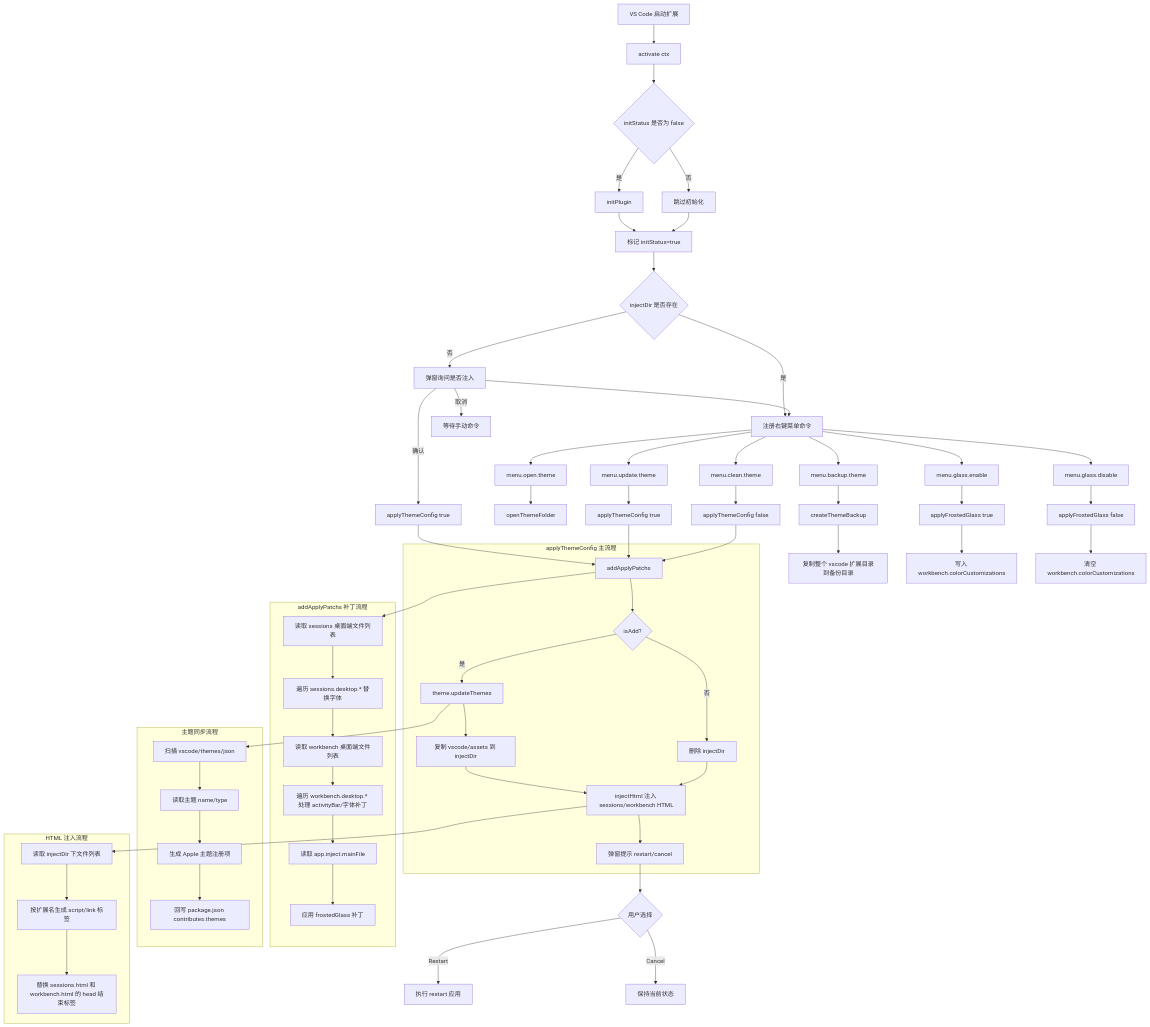
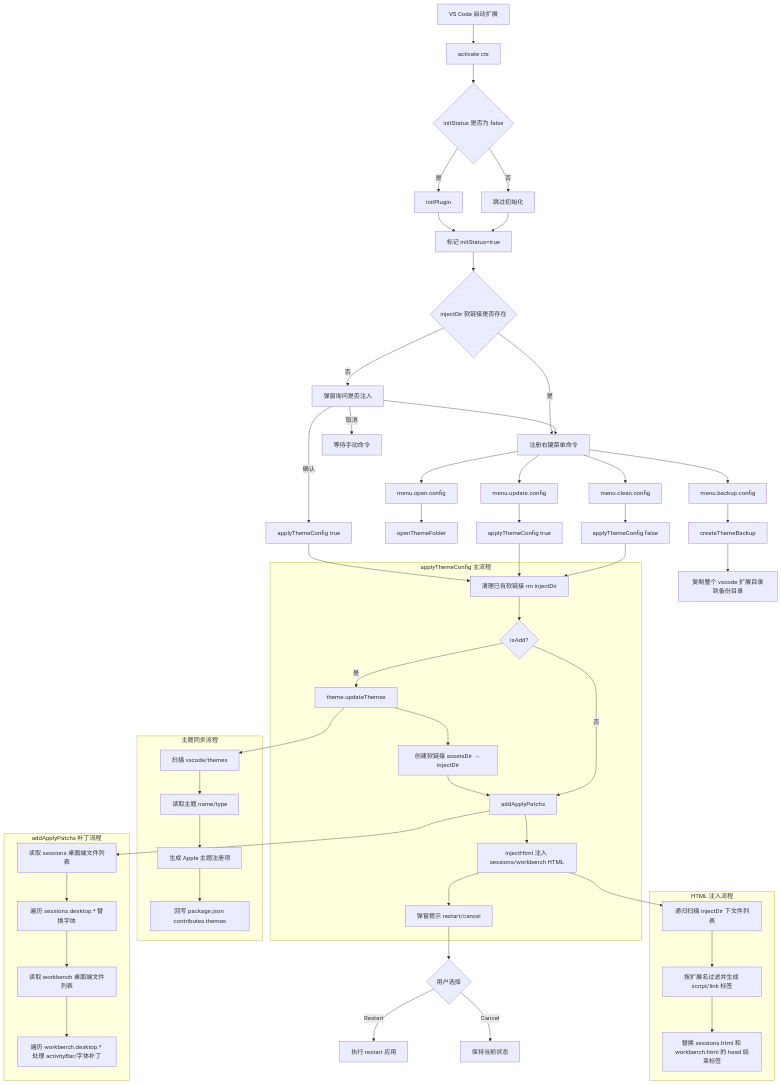
Before and after one commit to wangmings/macintosh-ui: the diagram in FLOW.md, drawn with Mermaid. The commit also changed other lines of this file and 82 other files, not shown here.

````diff
--- a/FLOW.md
+++ b/FLOW.md
@@ -10,7 +10,7 @@
     C -- 否 --> E[跳过初始化]
     D --> F[标记 initStatus=true]
     E --> F
-    F --> G{injectDir 是否存在}
+    F --> G{injectDir 软链接是否存在}
 
     G -- 否 --> H[弹窗询问是否注入]
     G -- 是 --> J[注册右键菜单命令]
@@ -18,83 +18,73 @@
     H -- 确认 --> I[applyThemeConfig true]
     H -- 取消 --> K[等待手动命令]
 
-    J --> L1[menu.open.theme]
-    J --> L2[menu.update.theme]
-    J --> L3[menu.clean.theme]
-    J --> L4[menu.backup.theme]
-    J --> L5[menu.glass.enable]
-    J --> L6[menu.glass.disable]
+    J --> L1[menu.open.config]
+    J --> L2[menu.update.config]
+    J --> L3[menu.clean.config]
+    J --> L4[menu.backup.config]
 
     L1 --> M1[openThemeFolder]
     L2 --> N1[applyThemeConfig true]
     L3 --> N2[applyThemeConfig false]
     L4 --> O1[createThemeBackup]
-    L5 --> P1[applyFrostedGlass true]
-    L6 --> P2[applyFrostedGlass false]
     O1 --> O2[复制整个 vscode 扩展目录到备份目录]
-    P1 --> P3[写入 workbench.colorCustomizations]
-    P2 --> P4[清空 workbench.colorCustomizations]
 
     subgraph Q[applyThemeConfig 主流程]
-        Q1[addApplyPatchs]
-        Q2{isAdd?}
-        Q3[theme.updateThemes]
-        Q4[复制 vscode/assets 到 injectDir]
-        Q5[删除 injectDir]
-        Q6[injectHtml 注入 sessions/workbench HTML]
-        Q7[弹窗提示 restart/cancel]
+        Q0[清理已有软链接 rm injectDir]
+        Q1{isAdd?}
+        Q2[theme.updateThemes]
+        Q3[创建软链接 assetsDir → injectDir]
+        Q4[addApplyPatchs]
+        Q5[injectHtml 注入 sessions/workbench HTML]
+        Q6[弹窗提示 restart/cancel]
     end
 
-    I --> Q1
-    N1 --> Q1
-    N2 --> Q1
-    Q1 --> Q2
-    Q2 -- 是 --> Q3
+    I --> Q0
+    N1 --> Q0
+    N2 --> Q0
+    Q0 --> Q1
+    Q1 -- 是 --> Q2
+    Q2 --> Q3
     Q3 --> Q4
-    Q4 --> Q6
-    Q2 -- 否 --> Q5
+    Q1 -- 否 --> Q4
+    Q4 --> Q5
     Q5 --> Q6
-    Q6 --> Q7
 
     subgraph R[addApplyPatchs 补丁流程]
         R1[读取 sessions 桌面端文件列表]
         R2[遍历 sessions.desktop.* 替换字体]
         R3[读取 workbench 桌面端文件列表]
         R4[遍历 workbench.desktop.* 处理 activityBar/字体补丁]
-        R5[读取 app.inject.mainFile]
-        R6[应用 frostedGlass 补丁]
     end
 
-    Q1 --> R1
+    Q4 --> R1
     R1 --> R2
     R2 --> R3
     R3 --> R4
-    R4 --> R5
-    R5 --> R6
 
     subgraph S[主题同步流程]
-        S1[扫描 vscode/themes/json]
+        S1[扫描 vscode/themes]
         S2[读取主题 name/type]
         S3[生成 Apple 主题注册项]
         S4[回写 package.json contributes.themes]
     end
 
-    Q3 --> S1
+    Q2 --> S1
     S1 --> S2
     S2 --> S3
     S3 --> S4
 
     subgraph T[HTML 注入流程]
-        T1[读取 injectDir 下文件列表]
-        T2[按扩展名生成 script/link 标签]
+        T1[递归扫描 injectDir 下文件列表]
+        T2[按扩展名过滤并生成 script/link 标签]
         T3[替换 sessions.html 和 workbench.html 的 head 结束标签]
     end
 
-    Q6 --> T1
+    Q5 --> T1
     T1 --> T2
     T2 --> T3
 
-    Q7 --> U{用户选择}
+    Q6 --> U{用户选择}
     U -- Restart --> U1[执行 restart 应用]
     U -- Cancel --> U2[保持当前状态]
 ```
````
